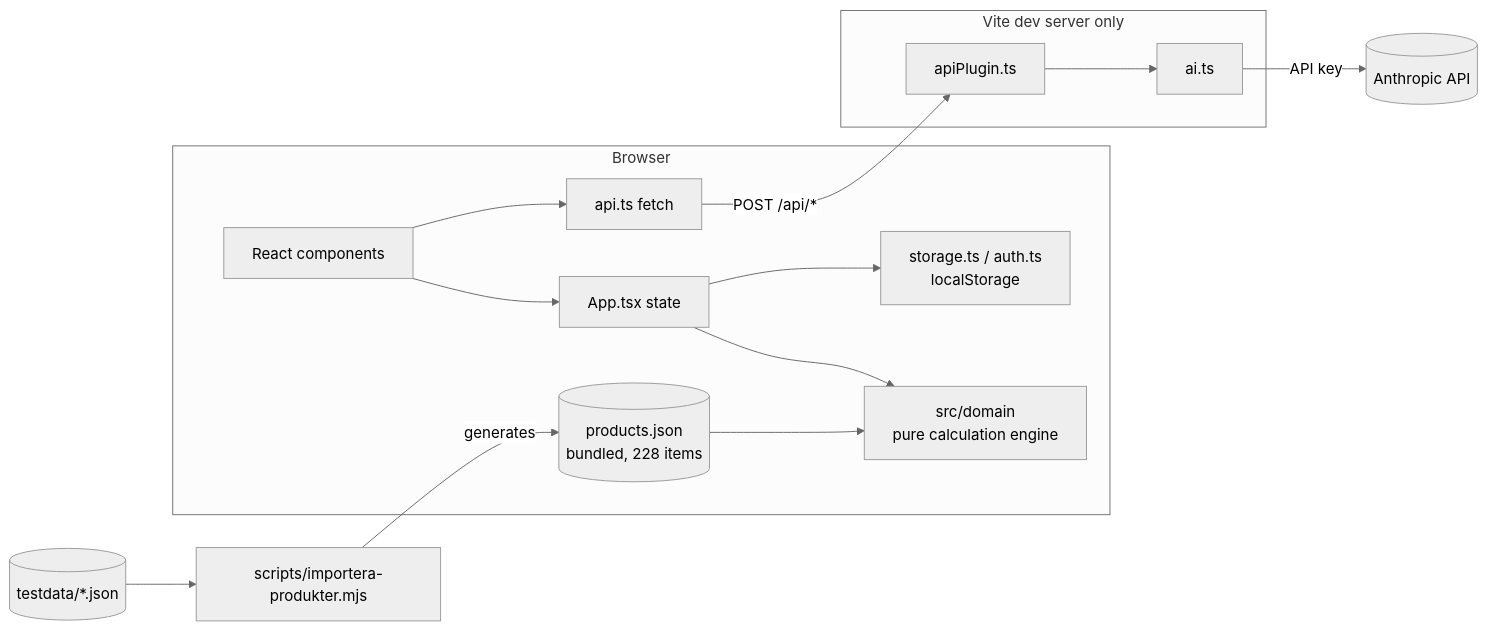
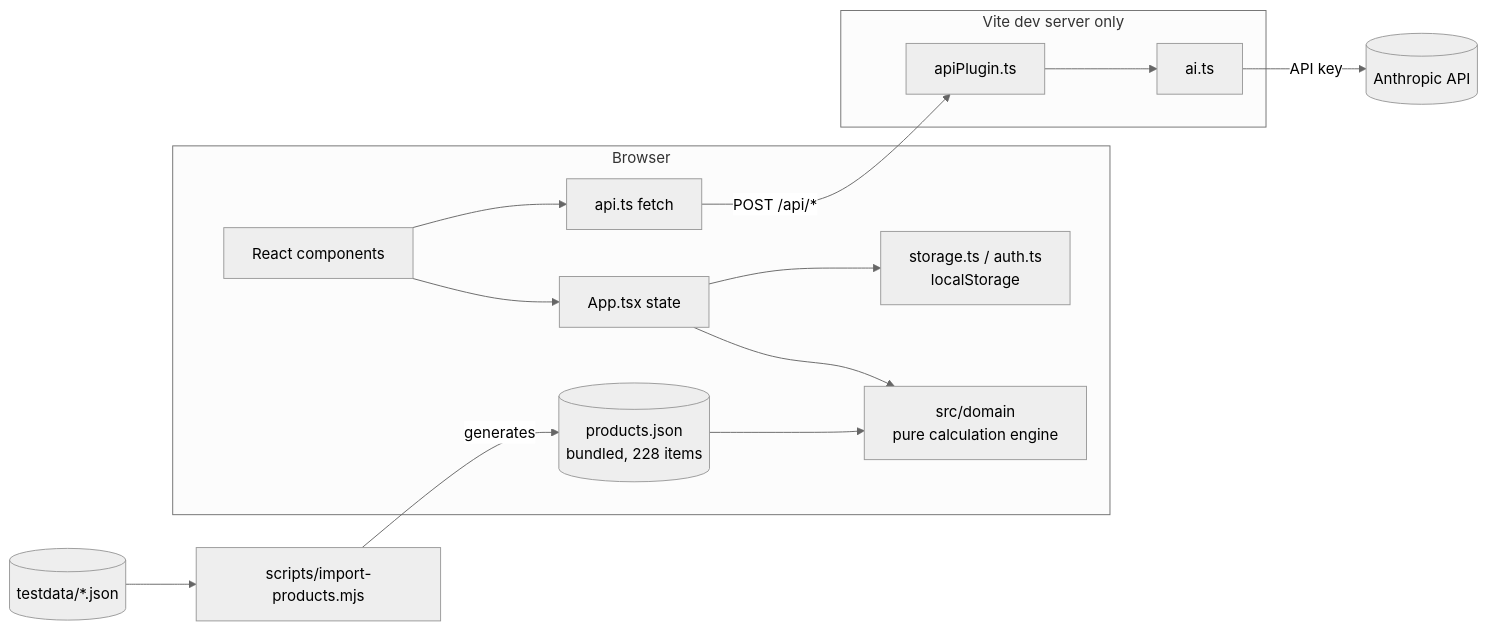
One commit to Adamniels/fodr-hackathon changed the diagram in docs/audit.md. Above: the diagram before and after it, drawn with Mermaid (neutral theme). The commit also changed other lines of this file and 20 other files, not shown here.

````diff
--- a/docs/audit.md
+++ b/docs/audit.md
@@ -55,17 +55,17 @@
 ```mermaid
 flowchart LR
   subgraph Browser
     UI[React components] --> App[App.tsx state]
     App --> Domain[src/domain<br/>pure calculation engine]
     App --> Storage[storage.ts / auth.ts<br/>localStorage]
     UI --> ApiClient[api.ts fetch]
     Products[(products.json<br/>bundled, 228 items)] --> Domain
   end
   subgraph "Vite dev server only"
     ApiClient -->|POST /api/*| Plugin[apiPlugin.ts]
     Plugin --> AI[ai.ts]
   end
   AI -->|API key| Claude[(Anthropic API)]
-  Scripts[scripts/importera-produkter.mjs] -->|generates| Products
+  Scripts[scripts/import-products.mjs] -->|generates| Products
   Testdata[(testdata/*.json)] --> Scripts
 ```
````
